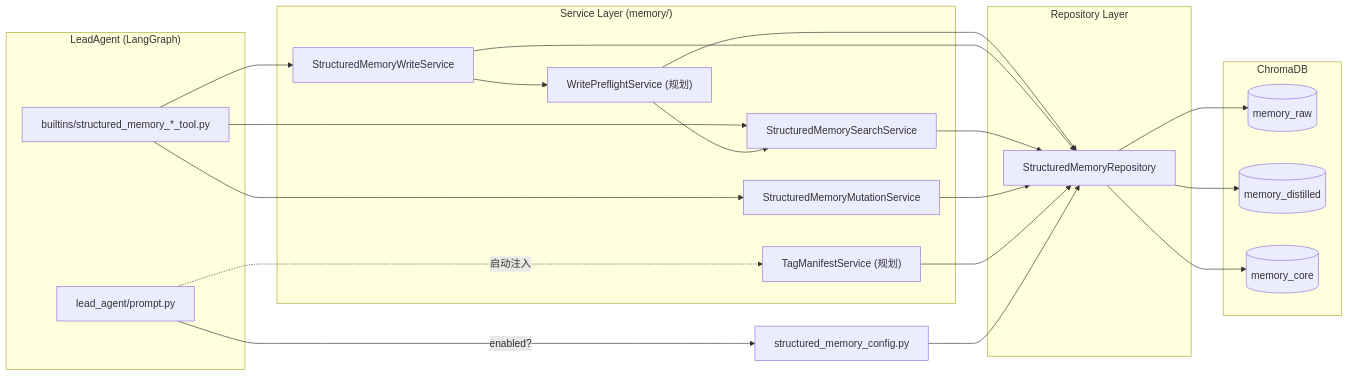
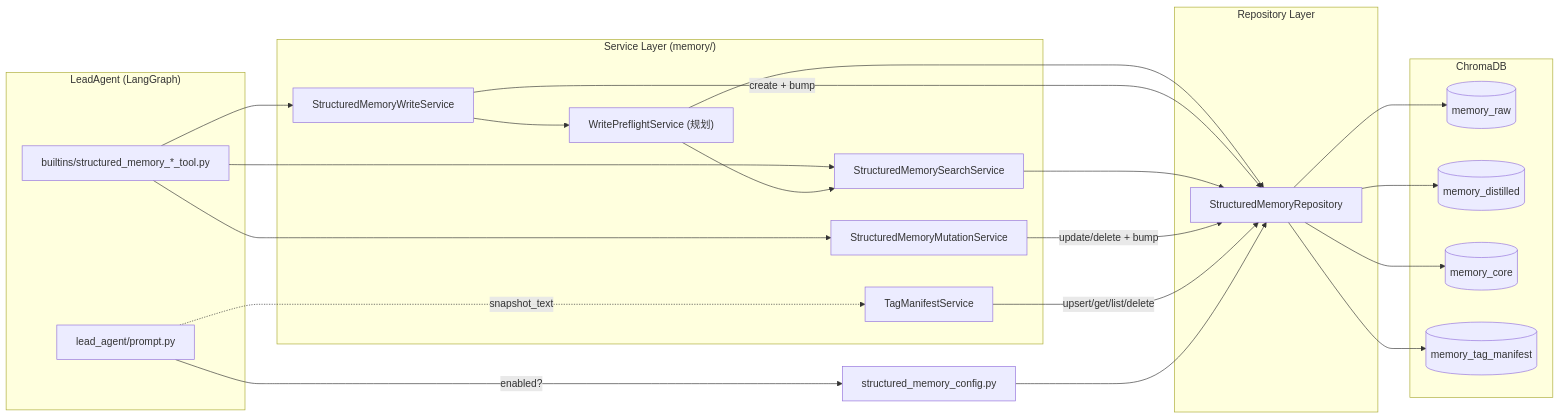
One commit to emperzz/data-copilot changed the first of 2 diagrams in backend/docs/STRUCTURED_MEMORY_DEVELOPMENT.md. Above: the diagram before and after it, drawn with Mermaid. The commit also changed other lines of this file and 6 other files, not shown here.

First line of the commit message:
refactor(structured-memory): persist tag manifest via repository

````diff
--- a/backend/docs/STRUCTURED_MEMORY_DEVELOPMENT.md
+++ b/backend/docs/STRUCTURED_MEMORY_DEVELOPMENT.md
@@ -69,40 +71,42 @@
 ```mermaid
 flowchart LR
     subgraph Agent["LeadAgent (LangGraph)"]
         Prompt["lead_agent/prompt.py"]
         Tools["builtins/structured_memory_*_tool.py"]
     end
     subgraph Service["Service Layer (memory/)"]
         WriteSvc["StructuredMemoryWriteService"]
         SearchSvc["StructuredMemorySearchService"]
         MutationSvc["StructuredMemoryMutationService"]
-        TagSvc["TagManifestService (规划)"]
+        TagSvc["TagManifestService"]
         Preflight["WritePreflightService (规划)"]
     end
     subgraph Repo["Repository Layer"]
         Repository["StructuredMemoryRepository"]
     end
     subgraph Store["ChromaDB"]
         RawCol[(memory_raw)]
         DistilledCol[(memory_distilled)]
         CoreCol[(memory_core)]
+        TagCol[(memory_tag_manifest)]
     end
     Config["structured_memory_config.py"]
 
     Prompt -->|"enabled?"| Config
     Tools --> WriteSvc
     Tools --> SearchSvc
     Tools --> MutationSvc
     WriteSvc --> Preflight
     Preflight --> SearchSvc
     Preflight --> Repository
-    WriteSvc --> Repository
+    WriteSvc -->|"create + bump"| Repository
     SearchSvc --> Repository
-    MutationSvc --> Repository
-    TagSvc --> Repository
-    Prompt -.->|"启动注入"| TagSvc
+    MutationSvc -->|"update/delete + bump"| Repository
+    TagSvc -->|"upsert/get/list/delete"| Repository
+    Prompt -.->|"snapshot_text"| TagSvc
     Repository --> RawCol
     Repository --> DistilledCol
     Repository --> CoreCol
+    Repository --> TagCol
     Config --> Repository
 ```
````
